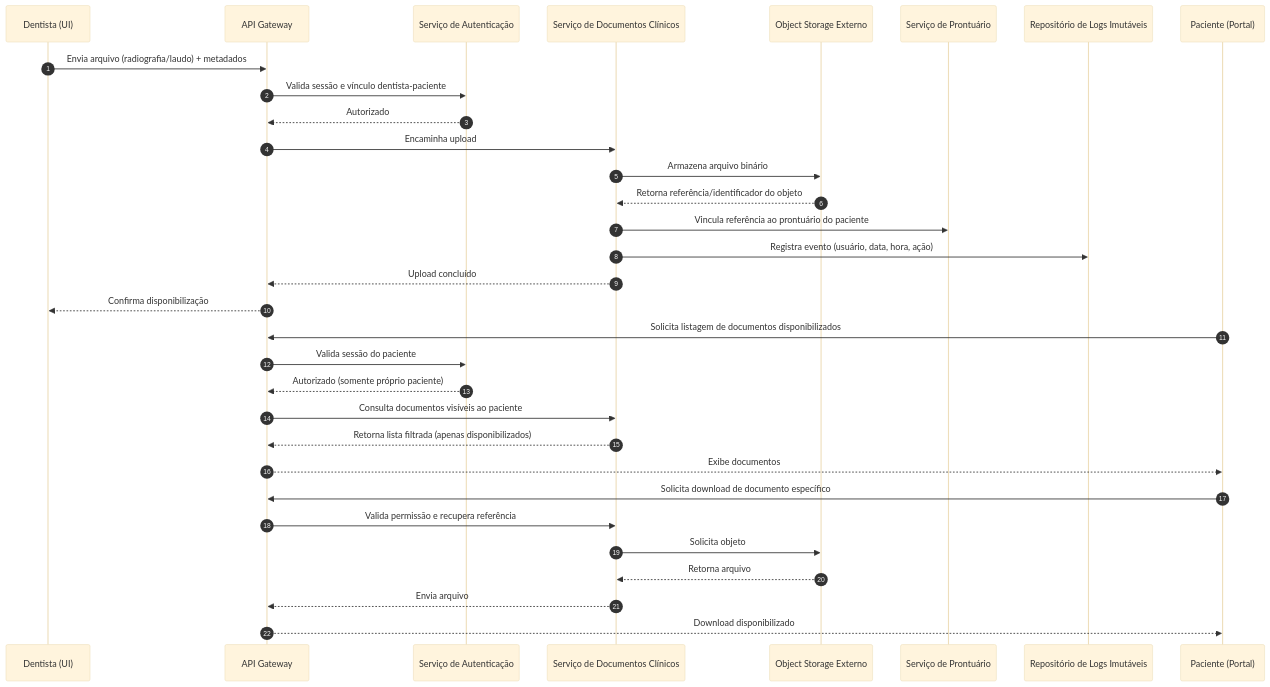
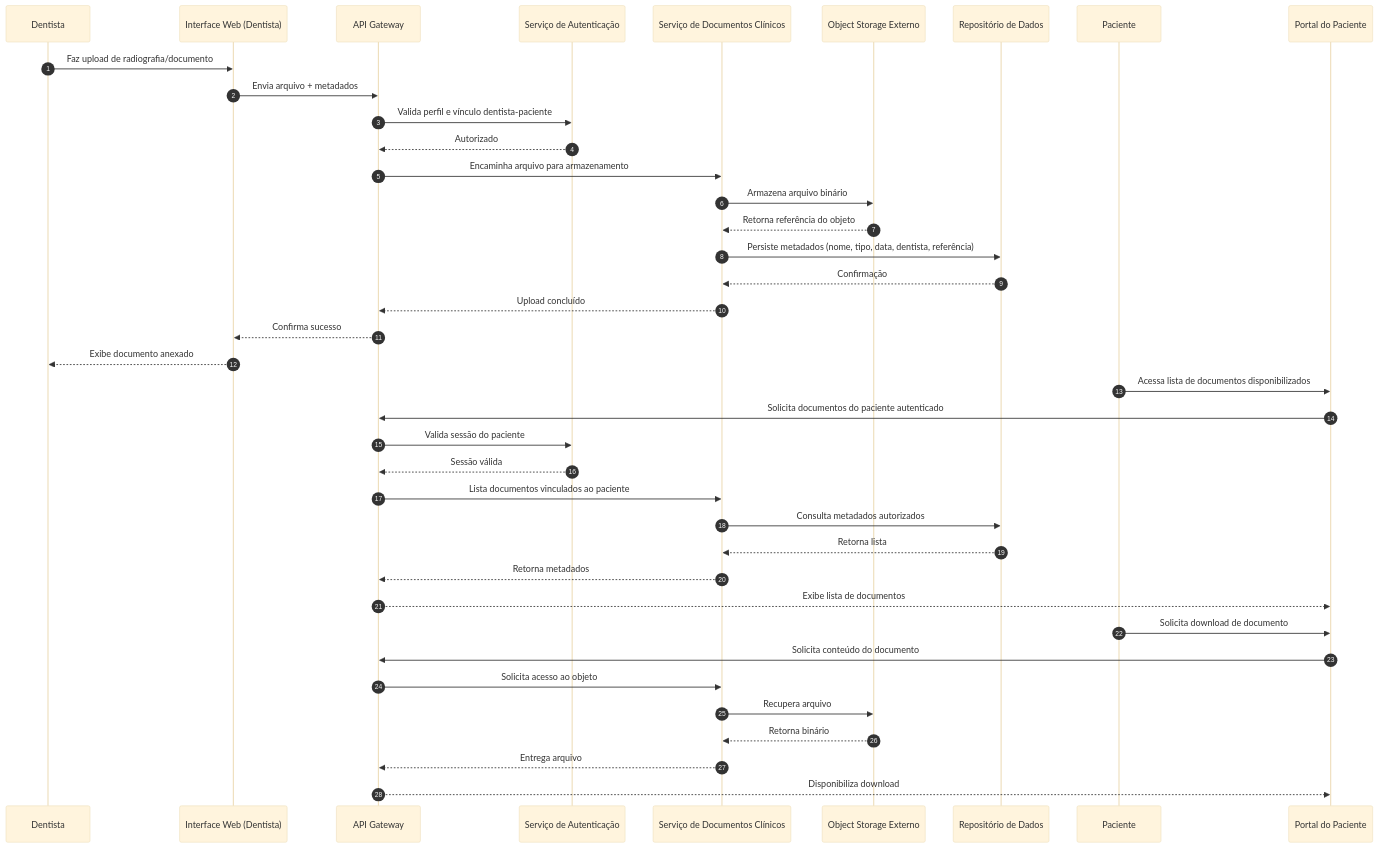
The third of 3 diagrams in docs/Time_2_Design/analise-qualitativa/outputs/relatorio_claude_sonnet_5_M02.md (PDC-ESIA/AI4ES), drawn with Mermaid (base theme) before and after one commit. The commit also changed other lines of this file and 107 other files, not shown here.

````diff
--- a/docs/Time_2_Design/analise-qualitativa/outputs/relatorio_claude_sonnet_5_M02.md
+++ b/docs/Time_2_Design/analise-qualitativa/outputs/relatorio_claude_sonnet_5_M02.md
@@ -139,36 +120,43 @@
 ```mermaid
 sequenceDiagram
     autonumber
-    participant DEN as Dentista (UI)
+    participant DEN as Dentista
+    participant UI as Interface Web (Dentista)
     participant GW as API Gateway
     participant AUTH as Serviço de Autenticação
     participant DOC as Serviço de Documentos Clínicos
-    participant STORE as Object Storage Externo
-    participant PRO as Serviço de Prontuário
-    participant LOG as Repositório de Logs Imutáveis
-    participant PAC as Paciente (Portal)
+    participant OBJ as Object Storage Externo
+    participant DB as Repositório de Dados
+    participant PAC as Paciente
+    participant PORTAL as Portal do Paciente
 
-    DEN->>GW: Envia arquivo (radiografia/laudo) + metadados
-    GW->>AUTH: Valida sessão e vínculo dentista-paciente
+    DEN->>UI: Faz upload de radiografia/documento
+    UI->>GW: Envia arquivo + metadados
+    GW->>AUTH: Valida perfil e vínculo dentista-paciente
     AUTH-->>GW: Autorizado
-    GW->>DOC: Encaminha upload
-    DOC->>STORE: Armazena arquivo binário
-    STORE-->>DOC: Retorna referência/identificador do objeto
-    DOC->>PRO: Vincula referência ao prontuário do paciente
-    DOC->>LOG: Registra evento (usuário, data, hora, ação)
+    GW->>DOC: Encaminha arquivo para armazenamento
+    DOC->>OBJ: Armazena arquivo binário
+    OBJ-->>DOC: Retorna referência do objeto
+    DOC->>DB: Persiste metadados (nome, tipo, data, dentista, referência)
+    DB-->>DOC: Confirmação
     DOC-->>GW: Upload concluído
-    GW-->>DEN: Confirma disponibilização
+    GW-->>UI: Confirma sucesso
+    UI-->>DEN: Exibe documento anexado
 
-    PAC->>GW: Solicita listagem de documentos disponibilizados
+    PAC->>PORTAL: Acessa lista de documentos disponibilizados
+    PORTAL->>GW: Solicita documentos do paciente autenticado
     GW->>AUTH: Valida sessão do paciente
-    AUTH-->>GW: Autorizado (somente próprio paciente)
-    GW->>DOC: Consulta documentos visíveis ao paciente
-    DOC-->>GW: Retorna lista filtrada (apenas disponibilizados)
-    GW-->>PAC: Exibe documentos
-    PAC->>GW: Solicita download de documento específico
-    GW->>DOC: Valida permissão e recupera referência
-    DOC->>STORE: Solicita objeto
-    STORE-->>DOC: Retorna arquivo
-    DOC-->>GW: Envia arquivo
-    GW-->>PAC: Download disponibilizado
+    AUTH-->>GW: Sessão válida
+    GW->>DOC: Lista documentos vinculados ao paciente
+    DOC->>DB: Consulta metadados autorizados
+    DB-->>DOC: Retorna lista
+    DOC-->>GW: Retorna metadados
+    GW-->>PORTAL: Exibe lista de documentos
+    PAC->>PORTAL: Solicita download de documento
+    PORTAL->>GW: Solicita conteúdo do documento
+    GW->>DOC: Solicita acesso ao objeto
+    DOC->>OBJ: Recupera arquivo
+    OBJ-->>DOC: Retorna binário
+    DOC-->>GW: Entrega arquivo
+    GW-->>PORTAL: Disponibiliza download
 ```
````
